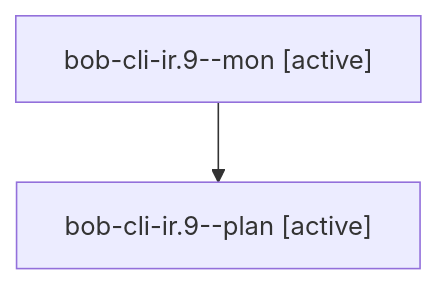
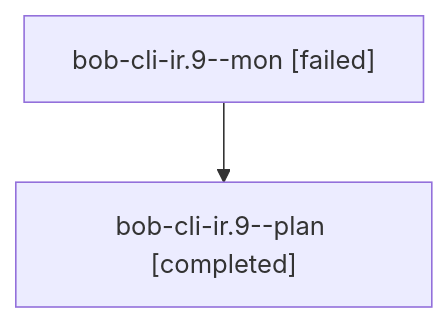
Before and after one commit to bobs-org/bob-cli--agents: the diagram in sessions/bbugyi200.athena.bob-cli-ir.9.md, drawn with Mermaid. The commit also changed other lines of this file and 91 other files, not shown here.

````diff
--- a/sessions/bbugyi200.athena.bob-cli-ir.9.md
+++ b/sessions/bbugyi200.athena.bob-cli-ir.9.md
@@ -9,6 +9,6 @@
 ```mermaid
 flowchart TD
-  n0["bob-cli-ir.9--mon [active]"]
-  n1["bob-cli-ir.9--plan [active]"]
+  n0["bob-cli-ir.9--mon [failed]"]
+  n1["bob-cli-ir.9--plan [completed]"]
   n0 --> n1
 ```
````
